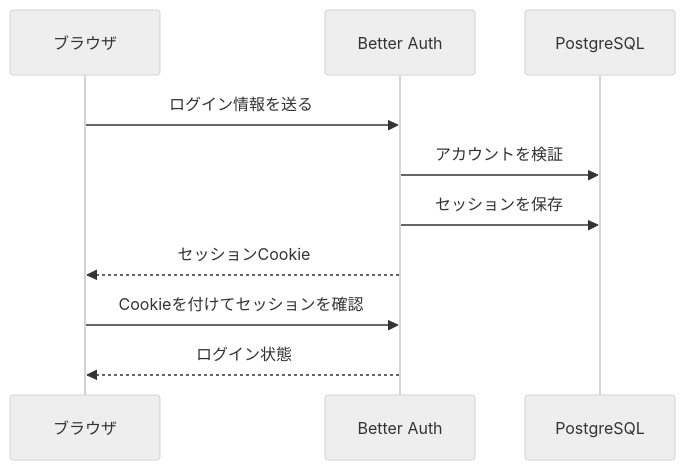
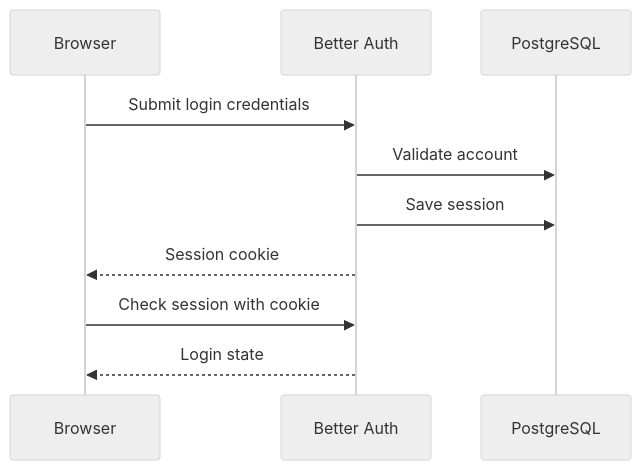
The second of 3 diagrams in docs/design/sequence-diagram.md (yukiharada1228/videoq), drawn with Mermaid (neutral theme) before and after one commit. The commit also changed other lines of this file and 79 other files, not shown here.

````diff
--- a/docs/design/sequence-diagram.md
+++ b/docs/design/sequence-diagram.md
@@ -37,12 +37,12 @@
 ```mermaid
 sequenceDiagram
-    participant User as ブラウザ
+    participant User as Browser
     participant Auth as Better Auth
     participant DB as PostgreSQL
-    User->>Auth: ログイン情報を送る
-    Auth->>DB: アカウントを検証
-    Auth->>DB: セッションを保存
-    Auth-->>User: セッションCookie
-    User->>Auth: Cookieを付けてセッションを確認
-    Auth-->>User: ログイン状態
+    User->>Auth: Submit login credentials
+    Auth->>DB: Validate account
+    Auth->>DB: Save session
+    Auth-->>User: Session cookie
+    User->>Auth: Check session with cookie
+    Auth-->>User: Login state
 ```
````
